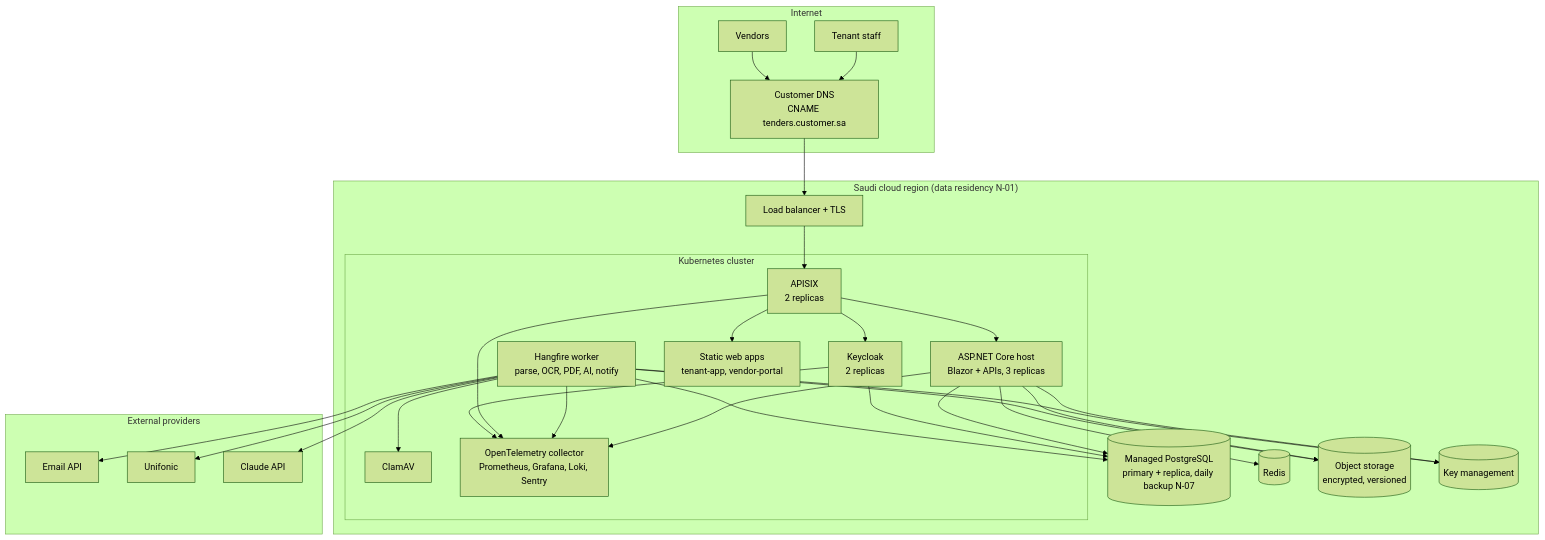
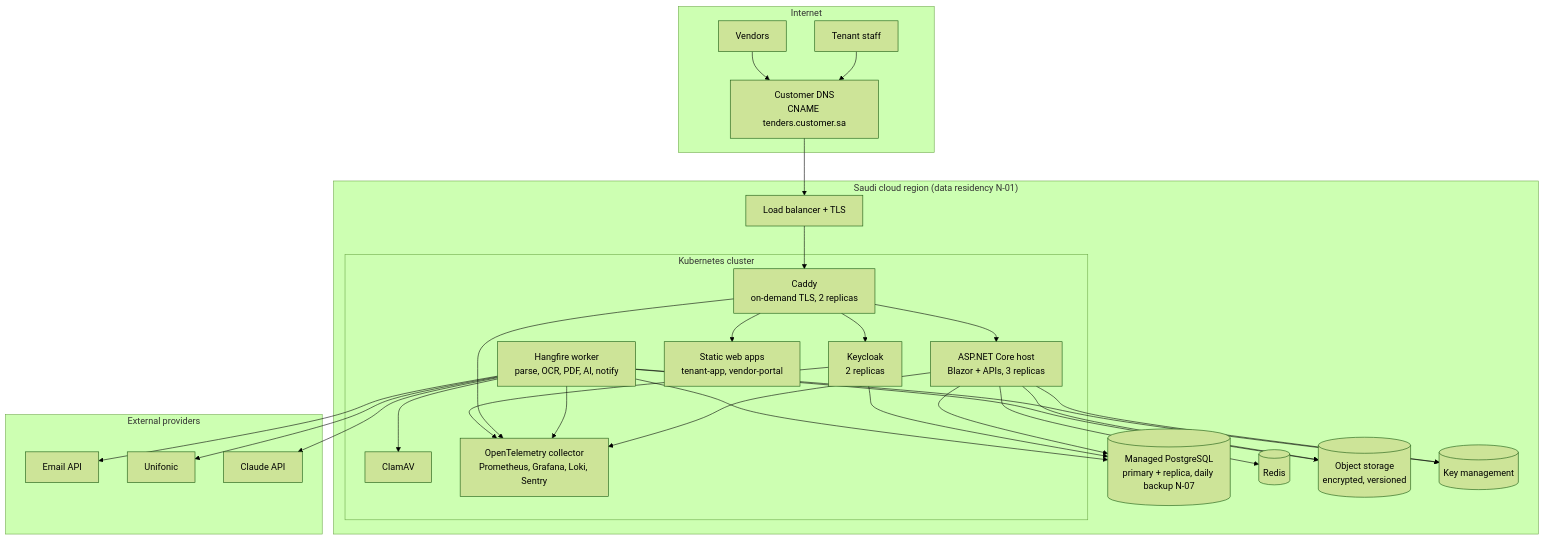
One commit to AhmedAssaf/ERP changed the tenth of 13 diagrams in docs/03-diagrams.md. Above: the diagram before and after it, drawn with Mermaid (forest theme). The commit also changed other lines of this file and 1 other file, not shown here.

First line of the commit message:
Decide edge: Caddy for TLS and routing, no API gateway in v1

````diff
--- a/docs/03-diagrams.md
+++ b/docs/03-diagrams.md
@@ -381,39 +382,39 @@
 ```mermaid
 flowchart TB
     subgraph INET["Internet"]
         U1[Tenant staff]
         U2[Vendors]
         DNS[Customer DNS<br/>CNAME tenders.customer.sa]
     end
 
     subgraph KSA["Saudi cloud region (data residency N-01)"]
         LB[Load balancer + TLS]
         subgraph K8S["Kubernetes cluster"]
-            GW[APISIX<br/>2 replicas]
+            GW[Caddy<br/>on-demand TLS, 2 replicas]
             KC[Keycloak<br/>2 replicas]
             API[ASP.NET Core host<br/>Blazor + APIs, 3 replicas]
             WEB[Static web apps<br/>tenant-app, vendor-portal]
             WRK[Hangfire worker<br/>parse, OCR, PDF, AI, notify]
             AV[ClamAV]
             OBS[OpenTelemetry collector<br/>Prometheus, Grafana, Loki, Sentry]
         end
         PG[(Managed PostgreSQL<br/>primary + replica, daily backup N-07)]
         RD[(Redis)]
         S3[(Object storage<br/>encrypted, versioned)]
         KMS[(Key management)]
     end
 
     subgraph EXT["External providers"]
         MAIL[Email API]
         SMS[Unifonic]
         LLM[Claude API]
     end
 
     U1 & U2 --> DNS --> LB --> GW
     GW --> WEB & API & KC
     API --> PG & RD & S3 & KMS
     KC --> PG
     WRK --> PG & S3 & AV & KMS
     WRK --> MAIL & SMS & LLM
     API & WRK & GW & KC --> OBS
 ```
````
